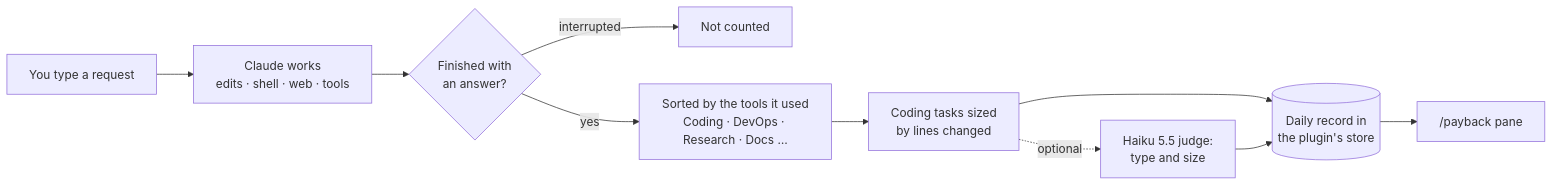
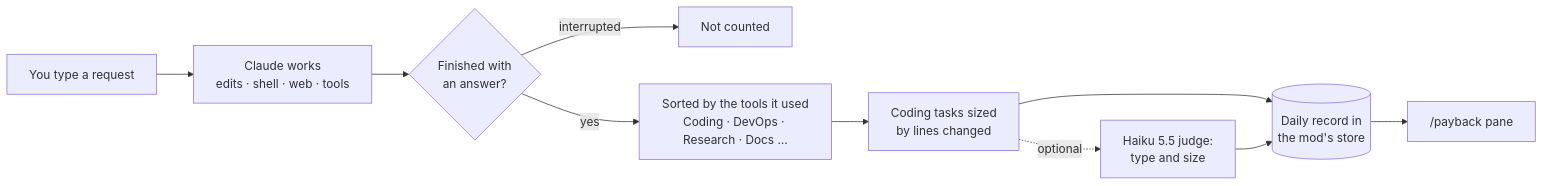
One commit to michaelSelbertinger/payback changed the diagram in README.md. Above: the diagram before and after it, drawn with Mermaid. The commit also changed other lines of this file and 5 other files, not shown here.

````diff
--- a/README.md
+++ b/README.md
@@ -76,12 +75,12 @@
 ```mermaid
 flowchart LR
     A["You type a request"] --> B["Claude works<br/>edits · shell · web · tools"]
     B --> C{"Finished with<br/>an answer?"}
     C -- "interrupted" --> N["Not counted"]
     C -- "yes" --> D["Sorted by the tools it used<br/>Coding · DevOps · Research · Docs …"]
     D --> F["Coding tasks sized<br/>by lines changed"]
     F -. "optional" .-> G["Haiku 5.5 judge:<br/>type and size"]
-    F --> H[("Daily record in<br/>the plugin's store")]
+    F --> H[("Daily record in<br/>the mod's store")]
     G --> H
     H --> I["/payback pane"]
 ```
````
